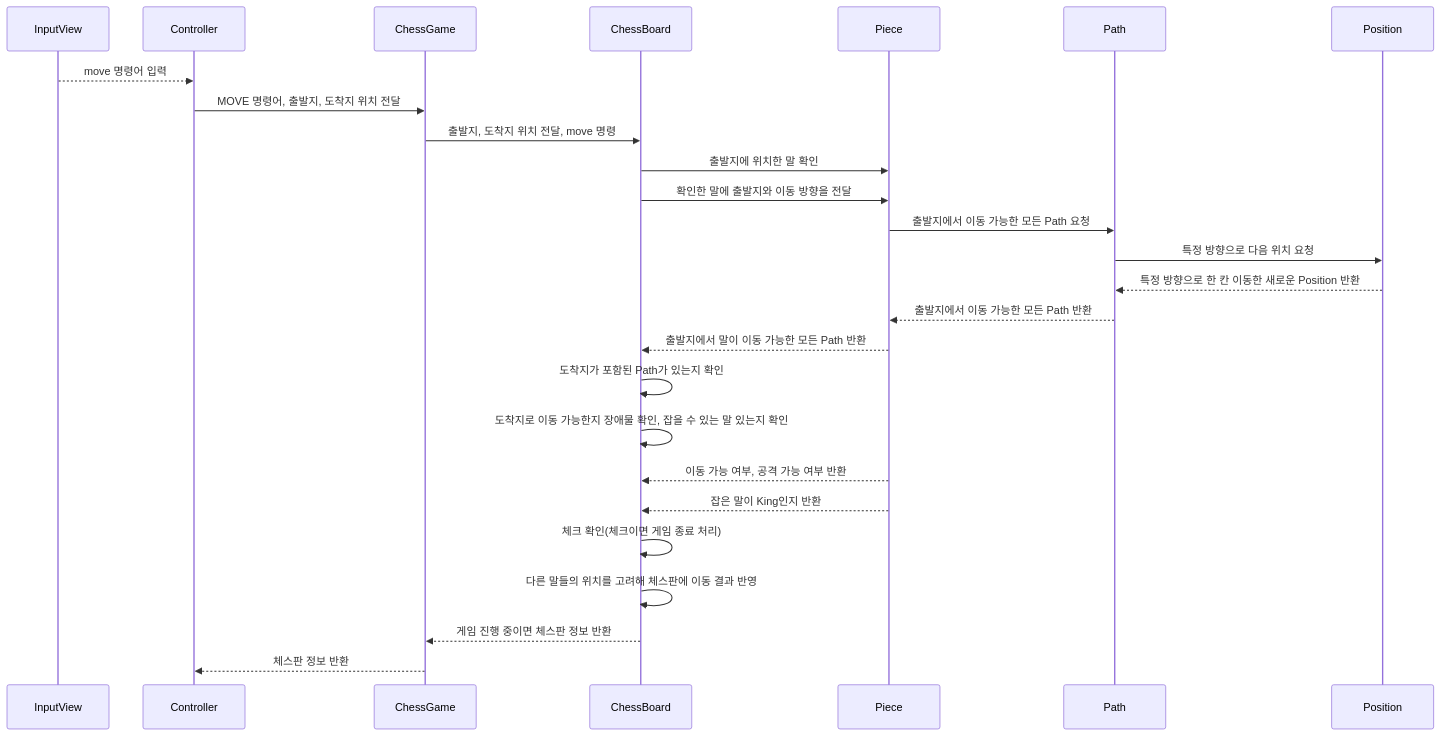
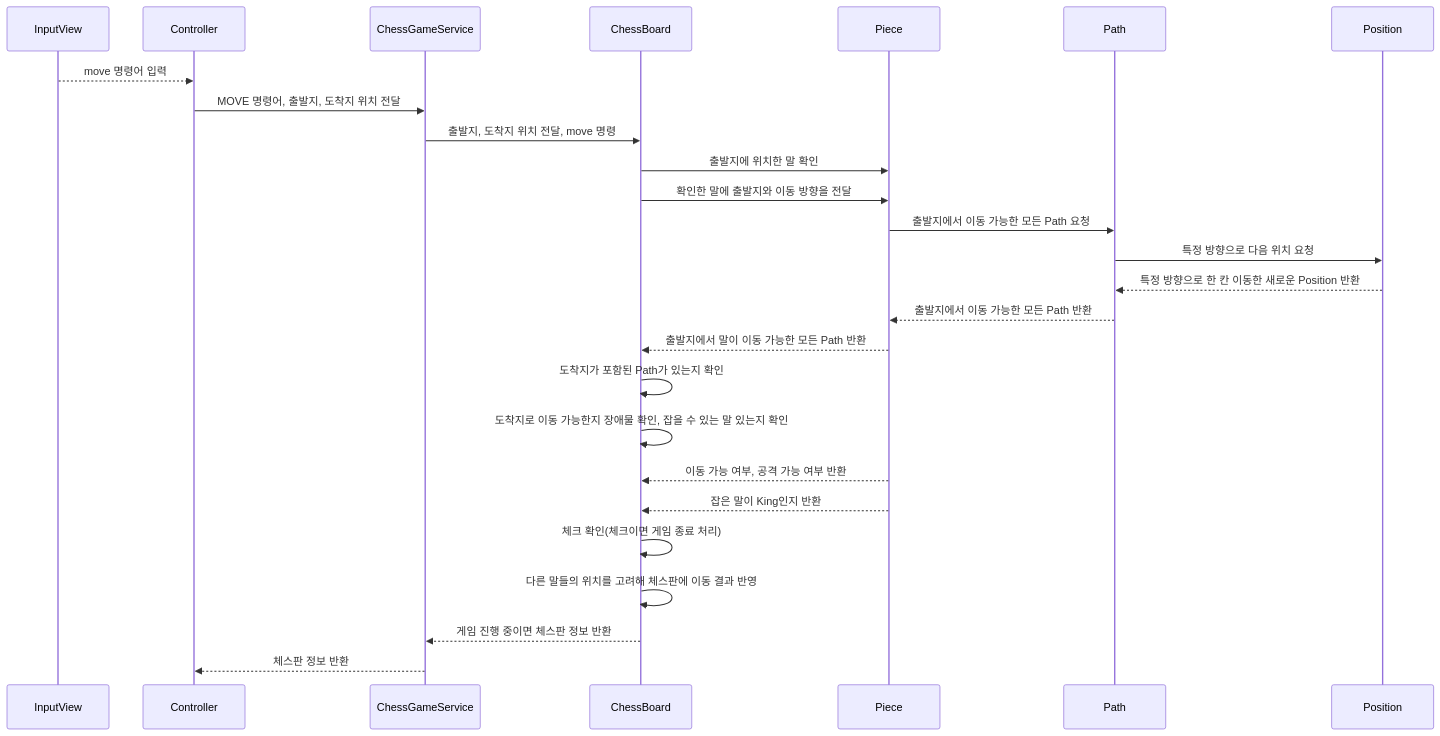
The first of 2 diagrams in README.md (woowacourse/java-chess), drawn with Mermaid before and after one commit. The commit also changed other lines of this file, not shown here.

````diff
--- a/README.md
+++ b/README.md
@@ -45,35 +84,35 @@
 ```mermaid
 sequenceDiagram
 
 	InputView -->> Controller: move 명령어 입력
 
-	Controller ->> ChessGame: MOVE 명령어, 출발지, 도착지 위치 전달
-	ChessGame ->> ChessBoard: 출발지, 도착지 위치 전달, move 명령
+	Controller ->> ChessGameService: MOVE 명령어, 출발지, 도착지 위치 전달
+	ChessGameService ->> ChessBoard: 출발지, 도착지 위치 전달, move 명령
 
-  ChessBoard ->> Piece: 출발지에 위치한 말 확인
+    ChessBoard ->> Piece: 출발지에 위치한 말 확인
 
 	ChessBoard ->> Piece: 확인한 말에 출발지와 이동 방향을 전달
 
 	Piece ->> Path: 출발지에서 이동 가능한 모든 Path 요청
 
 	Path ->> Position: 특정 방향으로 다음 위치 요청
 	Position -->> Path: 특정 방향으로 한 칸 이동한 새로운 Position 반환
 
 	Path -->> Piece: 출발지에서 이동 가능한 모든 Path 반환 
 
 	Piece -->> ChessBoard: 출발지에서 말이 이동 가능한 모든 Path 반환
 
 	ChessBoard ->> ChessBoard: 도착지가 포함된 Path가 있는지 확인
 	ChessBoard ->> ChessBoard: 도착지로 이동 가능한지 장애물 확인, 잡을 수 있는 말 있는지 확인
 
 	Piece -->> ChessBoard: 이동 가능 여부, 공격 가능 여부 반환
 
 	Piece -->> ChessBoard: 잡은 말이 King인지 반환
 	ChessBoard ->> ChessBoard: 체크 확인(체크이면 게임 종료 처리)
 
 	ChessBoard ->> ChessBoard: 다른 말들의 위치를 고려해 체스판에 이동 결과 반영
-	ChessBoard -->> ChessGame: 게임 진행 중이면 체스판 정보 반환
+	ChessBoard -->> ChessGameService: 게임 진행 중이면 체스판 정보 반환
 
-	ChessGame -->> Controller: 체스판 정보 반환
+	ChessGameService -->> Controller: 체스판 정보 반환
 
 ```
````
